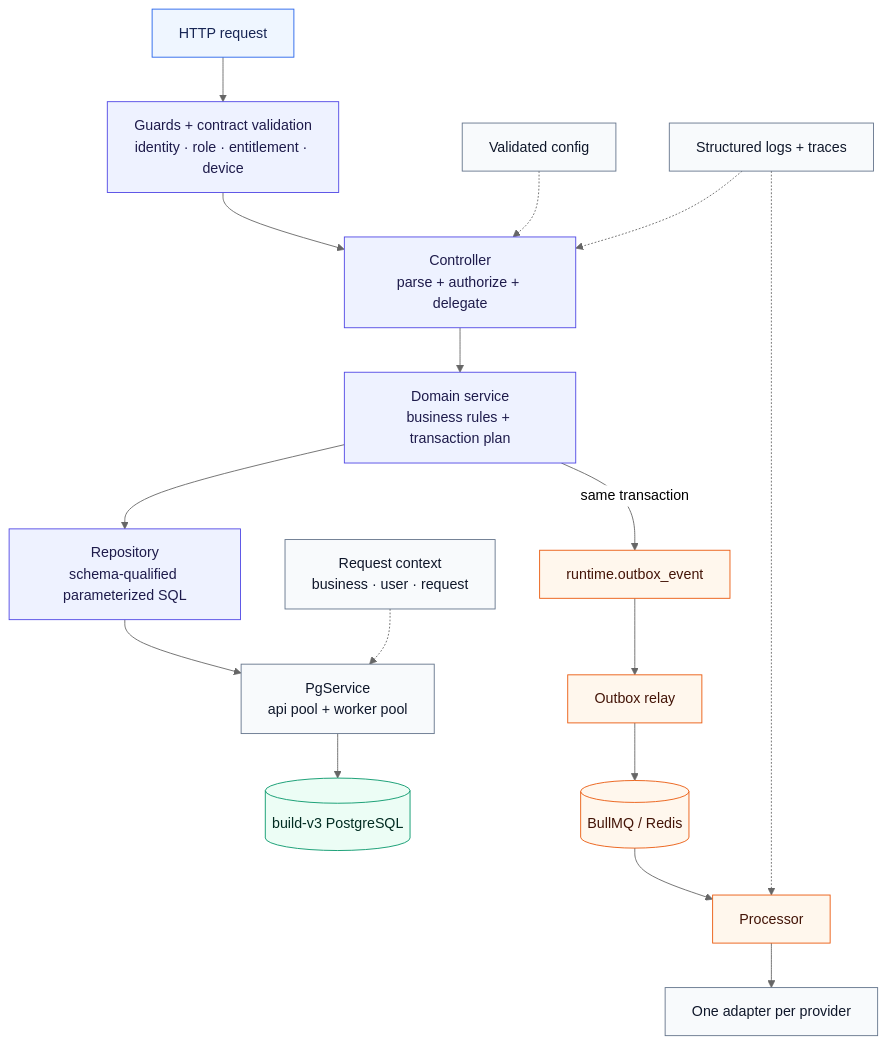
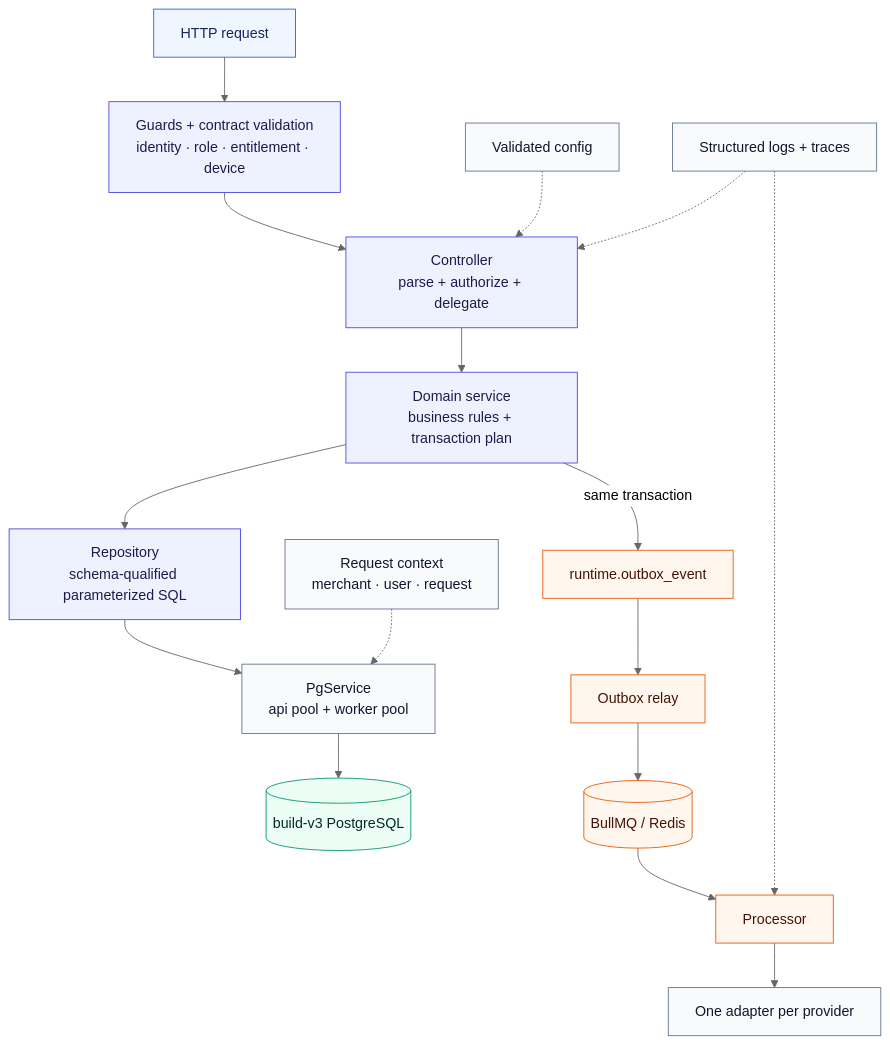
One commit to umiconsulting/umi changed the fourth of 17 diagrams in docs/architecture/umi-platform-architecture-presentation.md. Above: the diagram before and after it, drawn with Mermaid (neutral theme). The commit also changed other lines of this file and 214 other files, not shown here.

````diff
--- a/docs/architecture/umi-platform-architecture-presentation.md
+++ b/docs/architecture/umi-platform-architecture-presentation.md
@@ -207,29 +207,29 @@
 ```mermaid
 flowchart TB
   classDef edge fill:#eff6ff,stroke:#2563eb,color:#172554
   classDef domain fill:#eef2ff,stroke:#4f46e5,color:#1e1b4b
   classDef shared fill:#f8fafc,stroke:#64748b,color:#0f172a
   classDef data fill:#ecfdf5,stroke:#059669,color:#022c22
   classDef async fill:#fff7ed,stroke:#ea580c,color:#431407
 
   Request["HTTP request"]:::edge
   Controller["Controller<br/>parse + authorize + delegate"]:::domain
   Guard["Guards + contract validation<br/>identity · role · entitlement · device"]:::domain
   Service["Domain service<br/>business rules + transaction plan"]:::domain
   Repository["Repository<br/>schema-qualified parameterized SQL"]:::domain
   Pg["PgService<br/>api pool + worker pool"]:::shared
   DB[("build-v3 PostgreSQL")]:::data
 
   Request --> Guard --> Controller --> Service --> Repository --> Pg --> DB
 
   Service -->|"same transaction"| Outbox["runtime.outbox_event"]:::async
   Outbox --> Relay["Outbox relay"]:::async
   Relay --> Redis[("BullMQ / Redis")]:::async
   Redis --> Processor["Processor"]:::async
   Processor --> Adapter["One adapter per provider"]:::shared
 
-  Context["Request context<br/>business · user · request"]:::shared -.-> Pg
+  Context["Request context<br/>merchant · user · request"]:::shared -.-> Pg
   Config["Validated config"]:::shared -.-> Controller
   Logging["Structured logs + traces"]:::shared -.-> Controller
   Logging -.-> Processor
 ```
````
